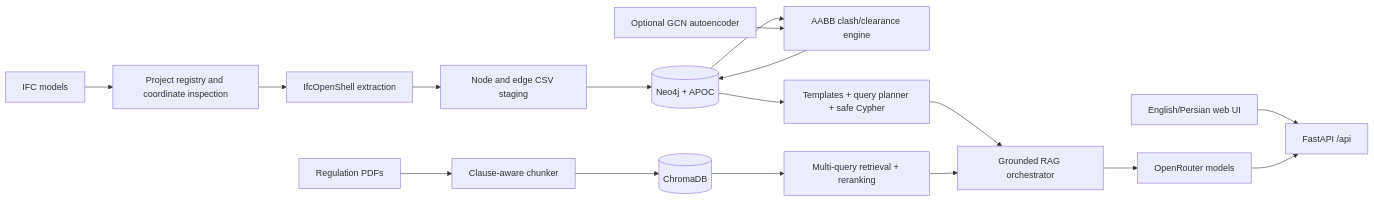
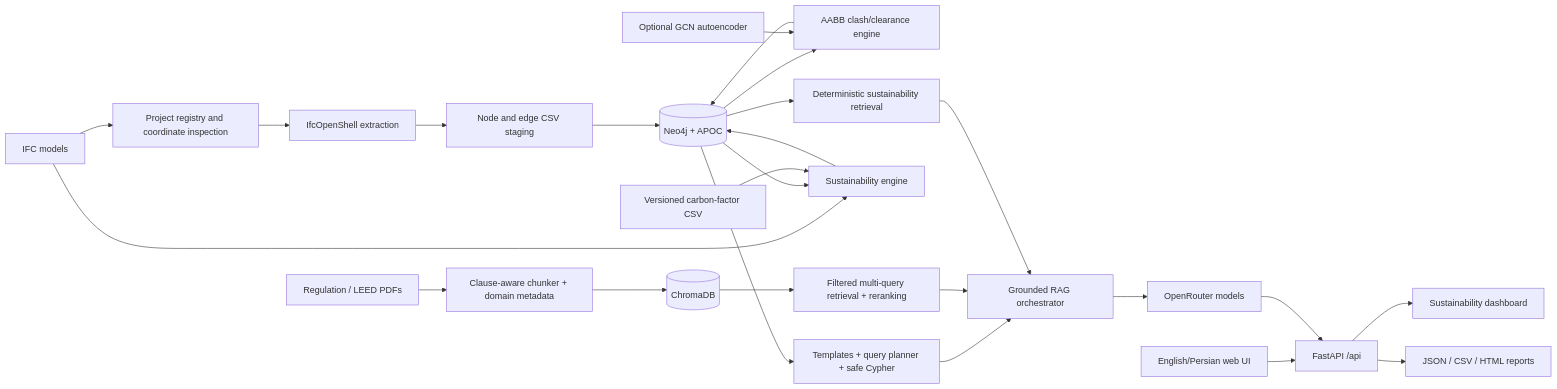
The diagram in REPORT.md (bim-project-team/bim-intellect-v2), drawn with Mermaid before and after one commit. The commit also changed other lines of this file and 45 other files, not shown here.

````diff
--- a/REPORT.md
+++ b/REPORT.md
@@ -26,19 +37,27 @@
 ```mermaid
 flowchart LR
     Browser[English/Persian web UI] --> API[FastAPI /api]
     IFC[IFC models] --> Registry[Project registry and coordinate inspection]
     Registry --> Extract[IfcOpenShell extraction]
     Extract --> CSV[Node and edge CSV staging]
     CSV --> Neo4j[(Neo4j + APOC)]
     Neo4j --> Clash[AABB clash/clearance engine]
     Clash --> Neo4j
     Neo4j --> GraphRAG[Templates + query planner + safe Cypher]
-    PDF[Regulation PDFs] --> Chunk[Clause-aware chunker]
+    IFC --> Carbon[Sustainability engine]
+    Neo4j --> Carbon
+    Factors[Versioned carbon-factor CSV] --> Carbon
+    Carbon --> Neo4j
+    PDF[Regulation / LEED PDFs] --> Chunk[Clause-aware chunker + domain metadata]
     Chunk --> Chroma[(ChromaDB)]
-    Chroma --> VectorRAG[Multi-query retrieval + reranking]
+    Chroma --> VectorRAG[Filtered multi-query retrieval + reranking]
     GraphRAG --> Orchestrator[Grounded RAG orchestrator]
     VectorRAG --> Orchestrator
+    Neo4j --> SustRAG[Deterministic sustainability retrieval]
+    SustRAG --> Orchestrator
     Orchestrator --> LLM[OpenRouter models]
     LLM --> API
+    API --> Dashboard[Sustainability dashboard]
+    API --> Reports[JSON / CSV / HTML reports]
     Anomaly[Optional GCN autoencoder] --> Clash
 ```
````
